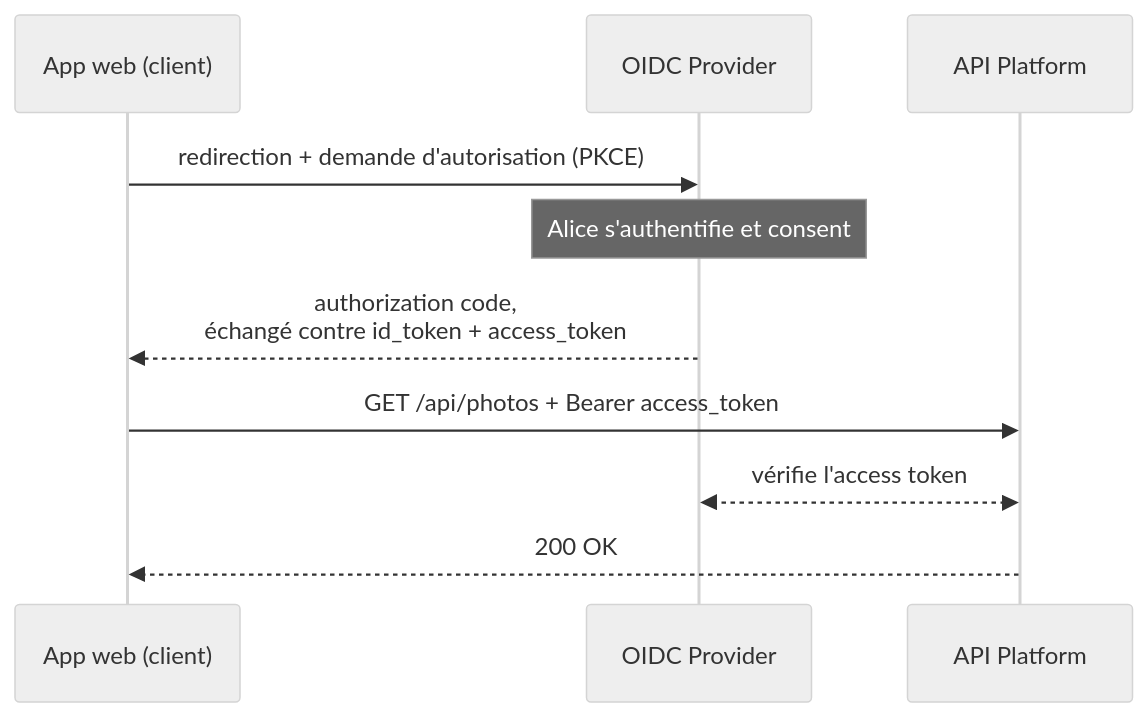
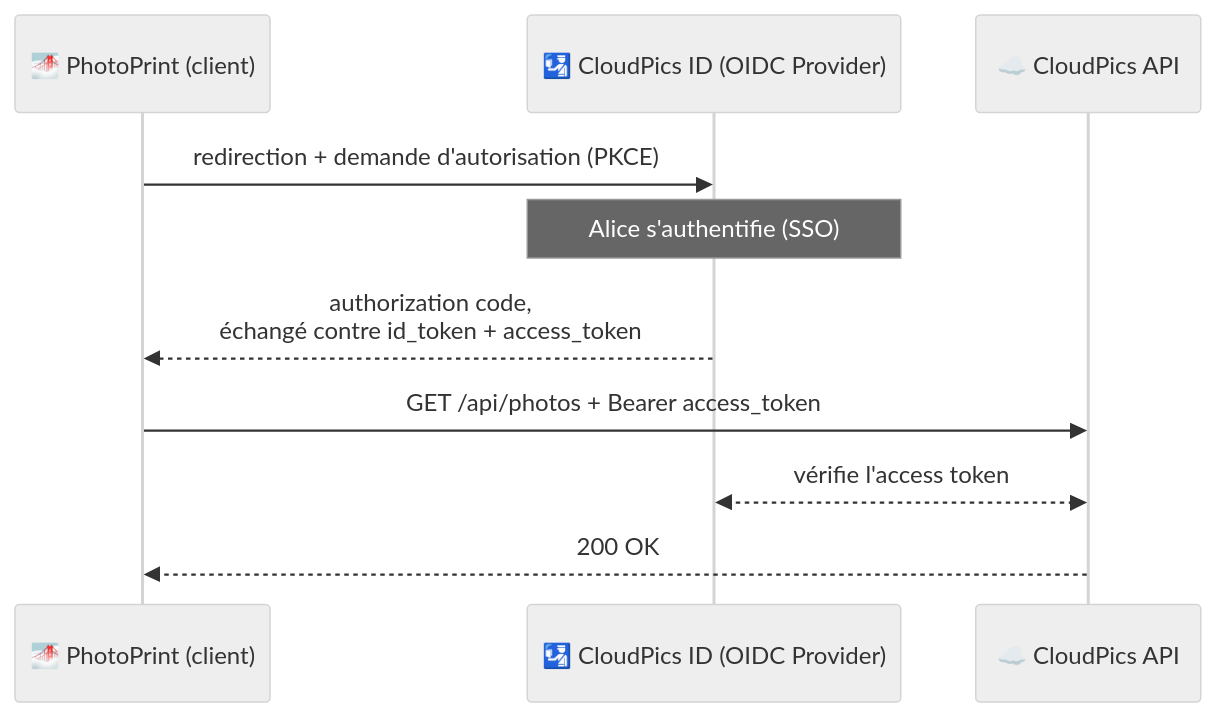
Before and after one commit to welcoMattic/api-secured-the-modern-way: the diagram in pages/authentication/definition.md, drawn with Mermaid (neutral theme). The commit also changed other lines of this file and 11 other files, not shown here.

First line of the commit message:
Ancrer les slides sur l'histoire CloudPics et les nouveautés de Symfony 8.2

````diff
--- a/pages/authentication/definition.md
+++ b/pages/authentication/definition.md
@@ -34,13 +36,13 @@
 ```mermaid
 sequenceDiagram
-    participant C as App web (client)
-    participant P as OIDC Provider
-    participant A as API Platform
+    participant C as 🌁 PhotoPrint (client)
+    participant P as 🛂 CloudPics ID (OIDC Provider)
+    participant A as ☁️ CloudPics API
 
     C->>P: redirection + demande d'autorisation (PKCE)
-    Note over P: Alice s'authentifie et consent
+    Note over P: Alice s'authentifie (SSO)
     P-->>C: authorization code,<br/>échangé contre id_token + access_token
     C->>A: GET /api/photos + Bearer access_token
     A<<-->>P: vérifie l'access token
     A-->>C: 200 OK
 ```
````
